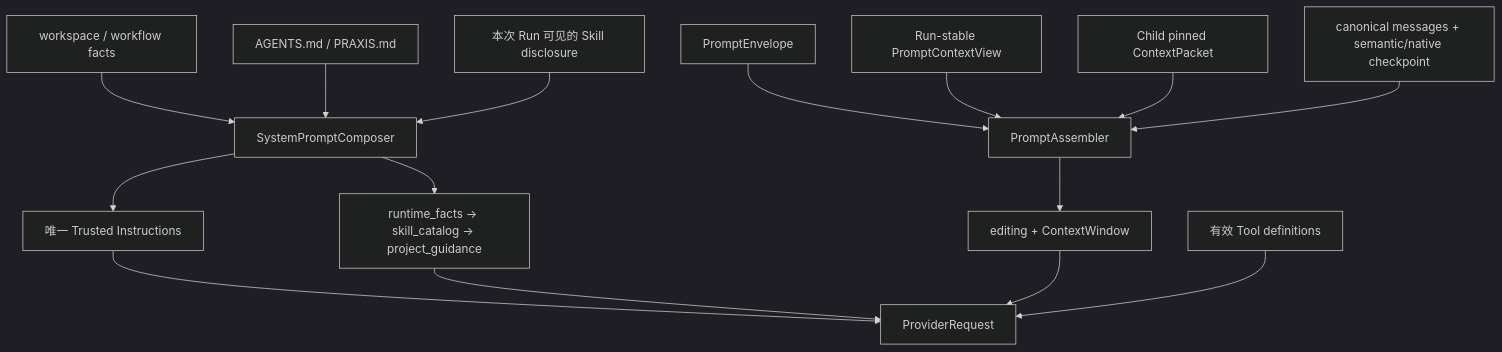
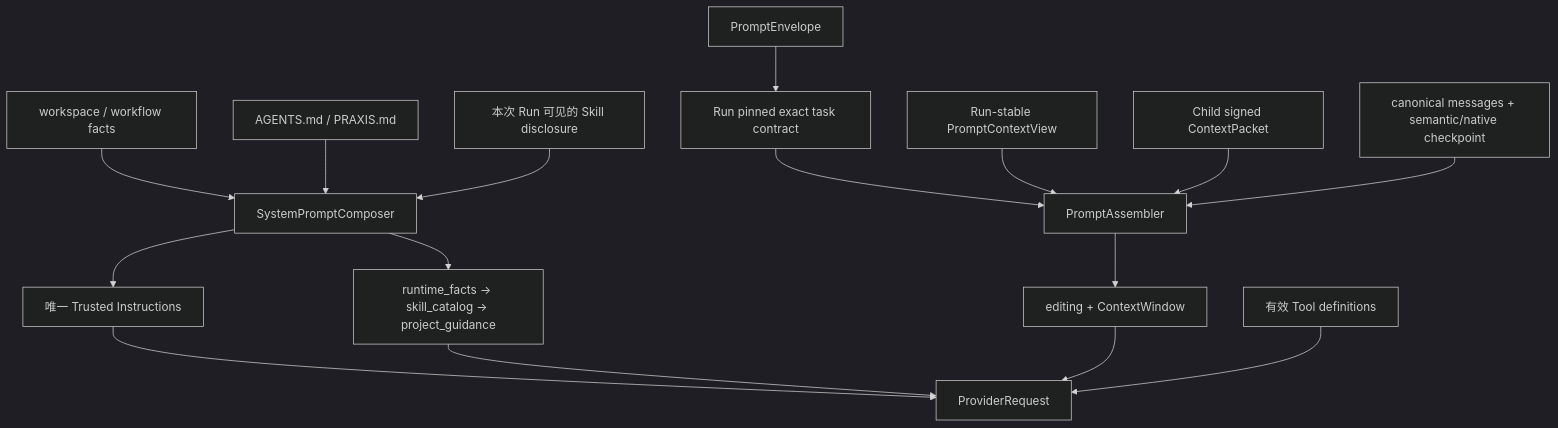
Before and after one commit to zr314/praxis-architecture-showcase: the fifth of 5 diagrams in apps/runtime/docs/02-session-memory-prompt.md, drawn with Mermaid (dark theme). The commit also changed other lines of this file and 111 other files, not shown here.

````diff
--- a/apps/runtime/docs/02-session-memory-prompt.md
+++ b/apps/runtime/docs/02-session-memory-prompt.md
@@ -325,17 +325,18 @@
 ```mermaid
 flowchart TD
     F["workspace / workflow facts"] --> C["SystemPromptComposer"]
     P["AGENTS.md / PRAXIS.md"] --> C
     SK["本次 Run 可见的 Skill disclosure"] --> C
     C --> I["唯一 Trusted Instructions"]
     C --> SC["runtime_facts → skill_catalog → project_guidance"]
-    E["PromptEnvelope"] --> PA["PromptAssembler"]
+    E["PromptEnvelope"] --> TC["Run pinned exact task contract"]
+    TC --> PA["PromptAssembler"]
     V["Run-stable PromptContextView"] --> PA
-    PK["Child pinned ContextPacket"] --> PA
+    PK["Child signed ContextPacket"] --> PA
     H["canonical messages + semantic/native checkpoint"] --> PA
     PA --> W["editing + ContextWindow"]
     I --> REQ["ProviderRequest"]
     SC --> REQ
     W --> REQ
     B["有效 Tool definitions"] --> REQ
 ```
````
